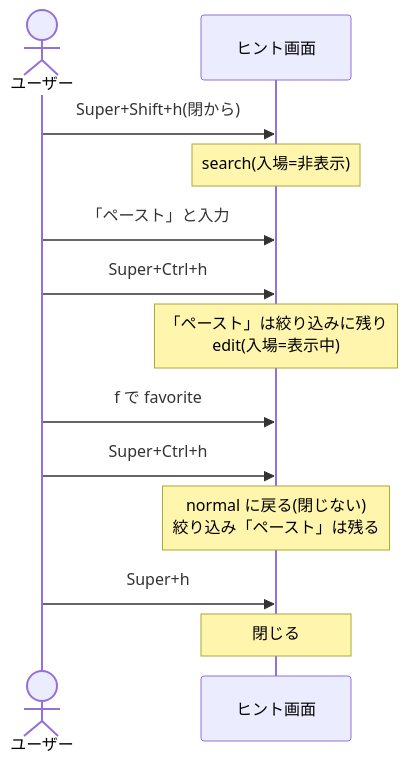
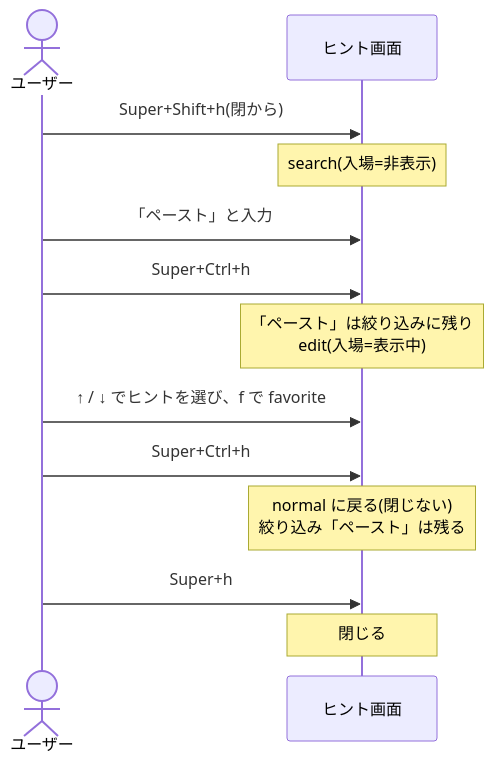
Before and after one commit to yasuoeto/wayhint: the second of 2 diagrams in docs/HOTKEYS.ja.md, drawn with Mermaid. The commit also changed other lines of this file and 15 other files, not shown here.

First line of the commit message:
docs: 導入手順を入れ方別に分け、操作図と nested / include の説明を直す

````diff
--- a/docs/HOTKEYS.ja.md
+++ b/docs/HOTKEYS.ja.md
@@ -151,15 +130,15 @@
 ```mermaid
 sequenceDiagram
     actor U as ユーザー
     participant O as ヒント画面
     U->>O: Super+Shift+h(閉から)
     Note over O: search(入場=非表示)
     U->>O: 「ペースト」と入力
     U->>O: Super+Ctrl+h
     Note over O: 「ペースト」は絞り込みに残り<br/>edit(入場=表示中)
-    U->>O: f で favorite
+    U->>O: ↑ / ↓ でヒントを選び、f で favorite
     U->>O: Super+Ctrl+h
     Note over O: normal に戻る(閉じない)<br/>絞り込み「ペースト」は残る
     U->>O: Super+h
     Note over O: 閉じる
 ```
````
